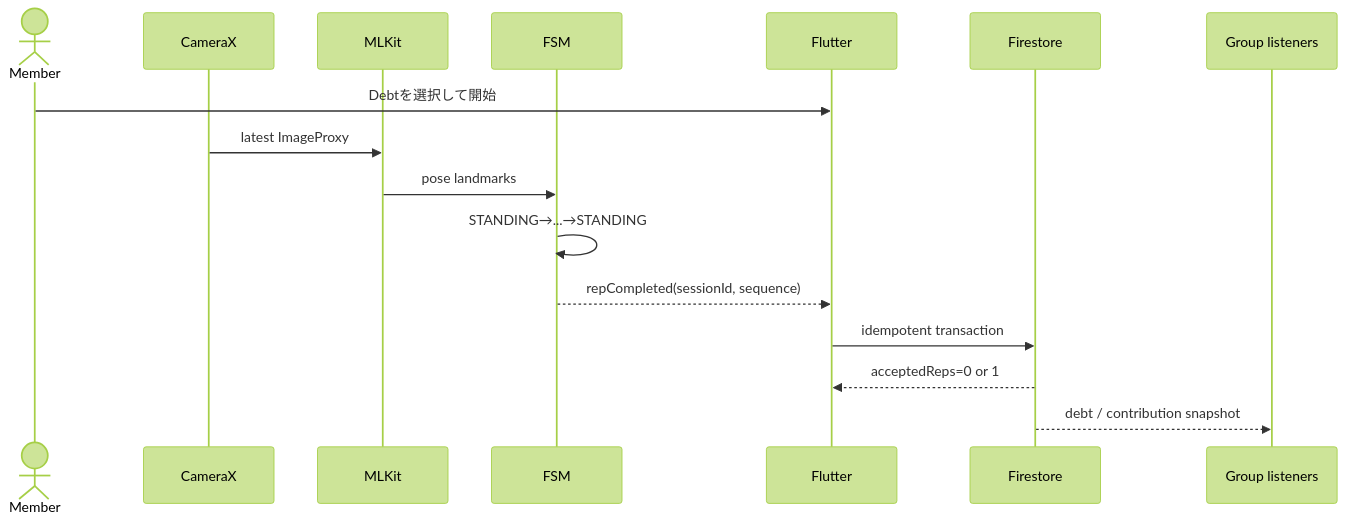
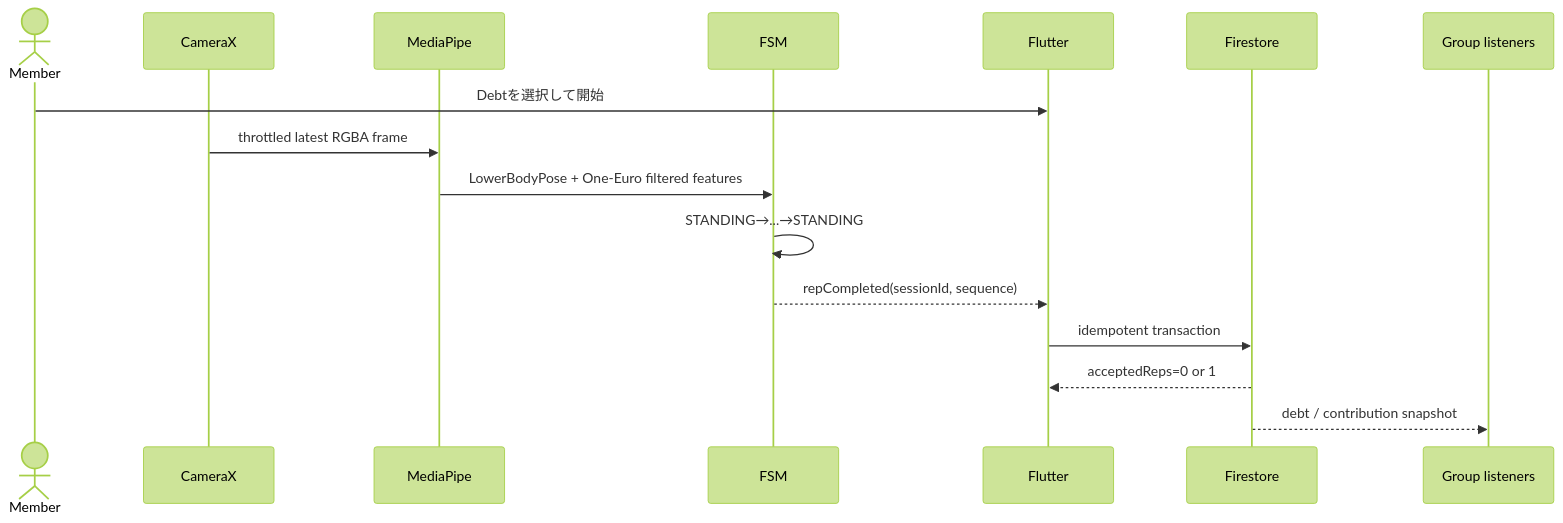
One commit to kren-team/MICHIZURE changed the fourth of 5 diagrams in docs/architecture.md. Above: the diagram before and after it, drawn with Mermaid (forest theme). The commit also changed other lines of this file and 15 other files, not shown here.

````diff
--- a/docs/architecture.md
+++ b/docs/architecture.md
@@ -212,19 +212,19 @@
 ```mermaid
 sequenceDiagram
     actor Member
     participant CameraX
-    participant MLKit
+    participant MediaPipe
     participant FSM
     participant Flutter
     participant Firestore
     participant Peers as Group listeners
 
     Member->>Flutter: Debtを選択して開始
-    CameraX->>MLKit: latest ImageProxy
-    MLKit->>FSM: pose landmarks
+    CameraX->>MediaPipe: throttled latest RGBA frame
+    MediaPipe->>FSM: LowerBodyPose + One-Euro filtered features
     FSM->>FSM: STANDING→...→STANDING
     FSM-->>Flutter: repCompleted(sessionId, sequence)
     Flutter->>Firestore: idempotent transaction
     Firestore-->>Flutter: acceptedReps=0 or 1
     Firestore-->>Peers: debt / contribution snapshot
 ```
````
